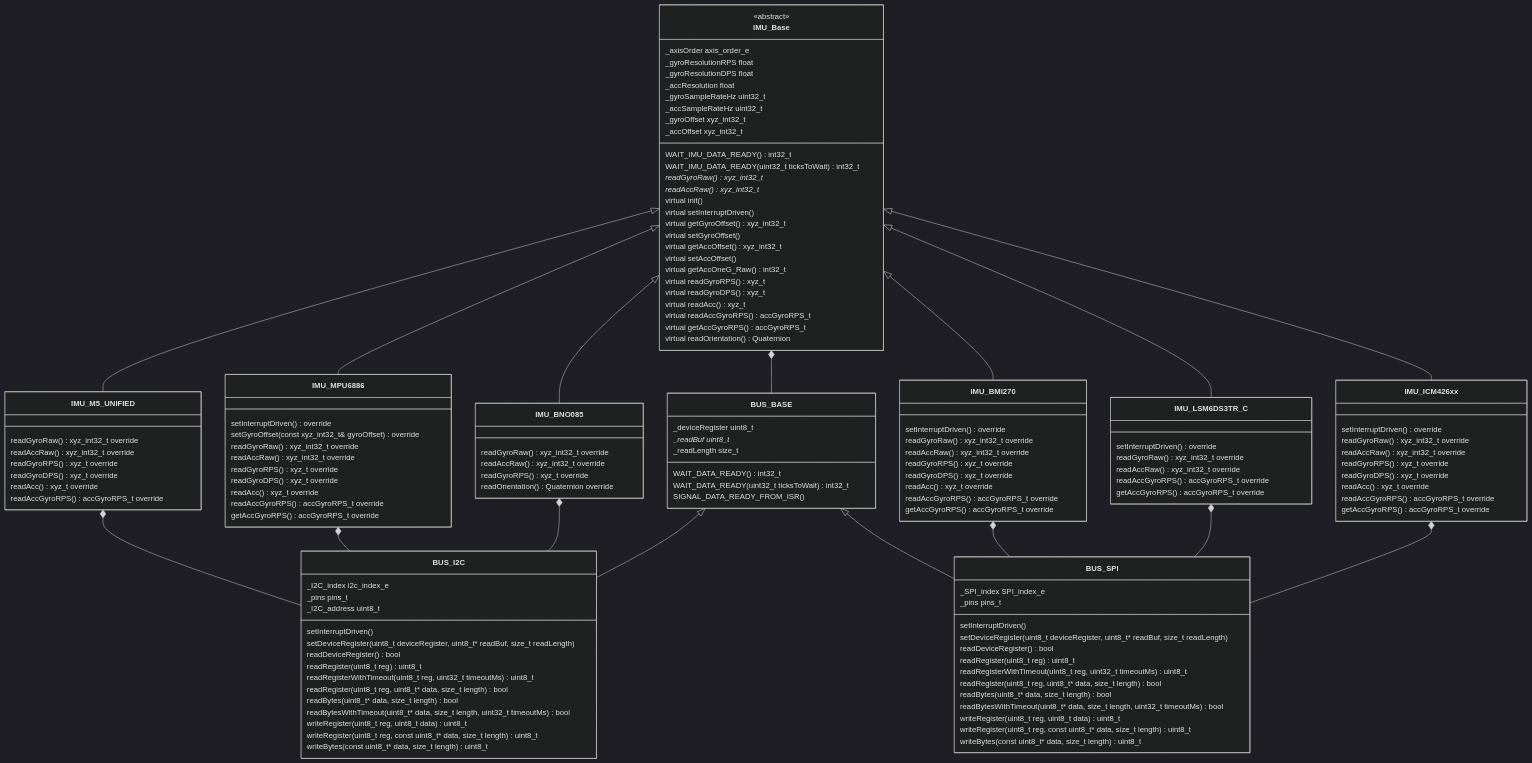
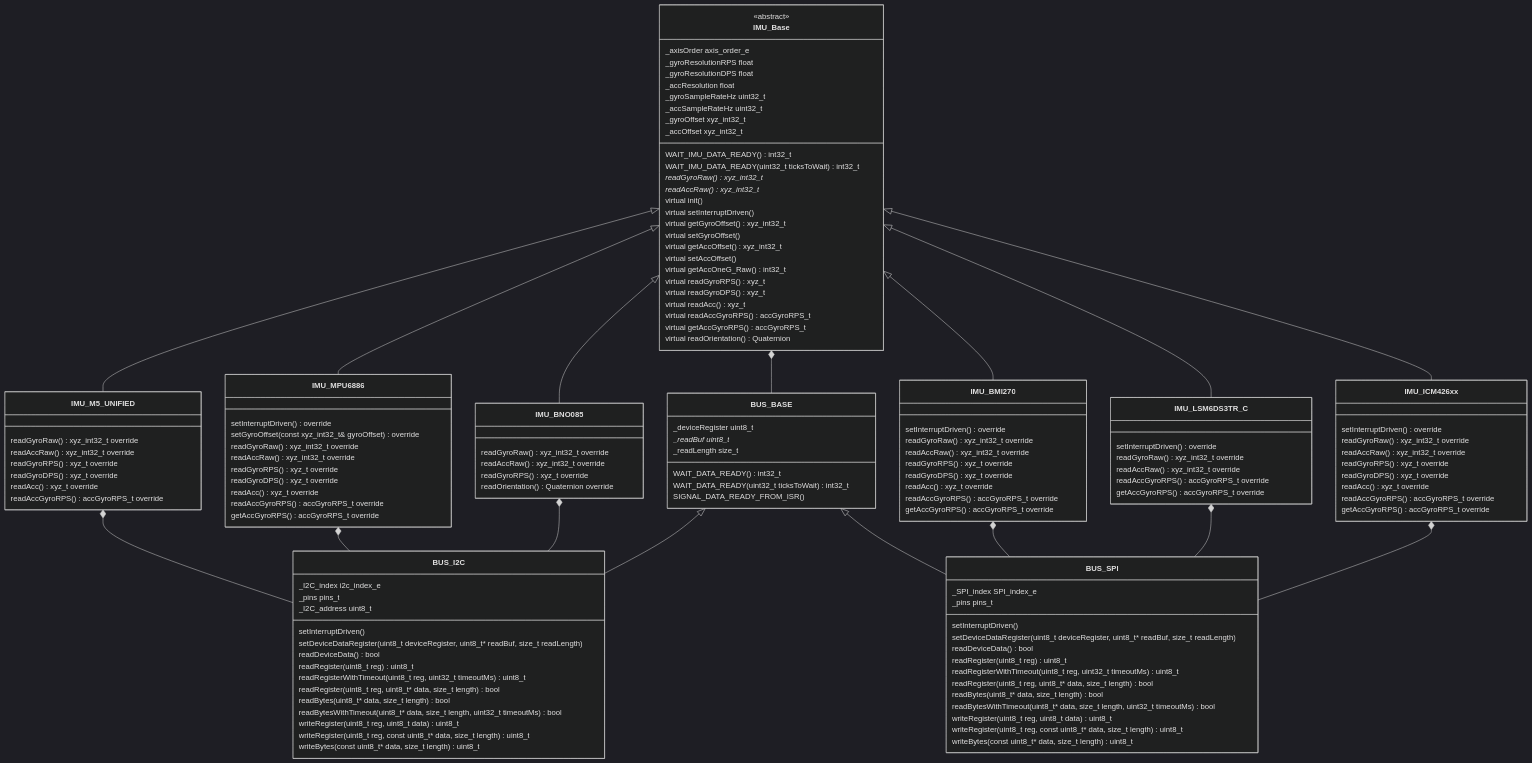
Before and after one commit to martinbudden/Library-IMU: the diagram in README.md, drawn with Mermaid (dark theme). The commit also changed 36 other files, not shown here.

```diff
--- a/README.md
+++ b/README.md
@@ -98,9 +98,9 @@
         _I2C_address uint8_t
 
         setInterruptDriven()
-        setDeviceRegister(uint8_t deviceRegister, uint8_t* readBuf, size_t readLength)
+        setDeviceDataRegister(uint8_t deviceRegister, uint8_t* readBuf, size_t readLength)
 
-        readDeviceRegister() bool
+        readDeviceData() bool
         readRegister(uint8_t reg) uint8_t
         readRegisterWithTimeout(uint8_t reg, uint32_t timeoutMs) uint8_t
         readRegister(uint8_t reg, uint8_t* data, size_t length) bool
@@ -117,9 +117,9 @@
         _pins pins_t
 
         setInterruptDriven()
-        setDeviceRegister(uint8_t deviceRegister, uint8_t* readBuf, size_t readLength)
+        setDeviceDataRegister(uint8_t deviceRegister, uint8_t* readBuf, size_t readLength)
 
-        readDeviceRegister() bool
+        readDeviceData() bool
         readRegister(uint8_t reg) uint8_t
         readRegisterWithTimeout(uint8_t reg, uint32_t timeoutMs) uint8_t
         readRegister(uint8_t reg, uint8_t* data, size_t length) bool
```
